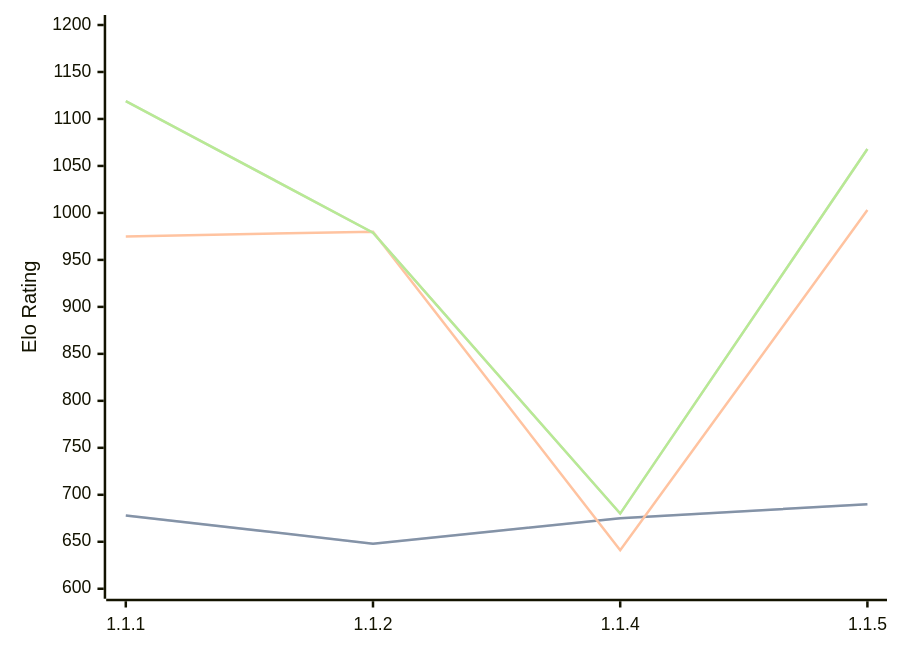
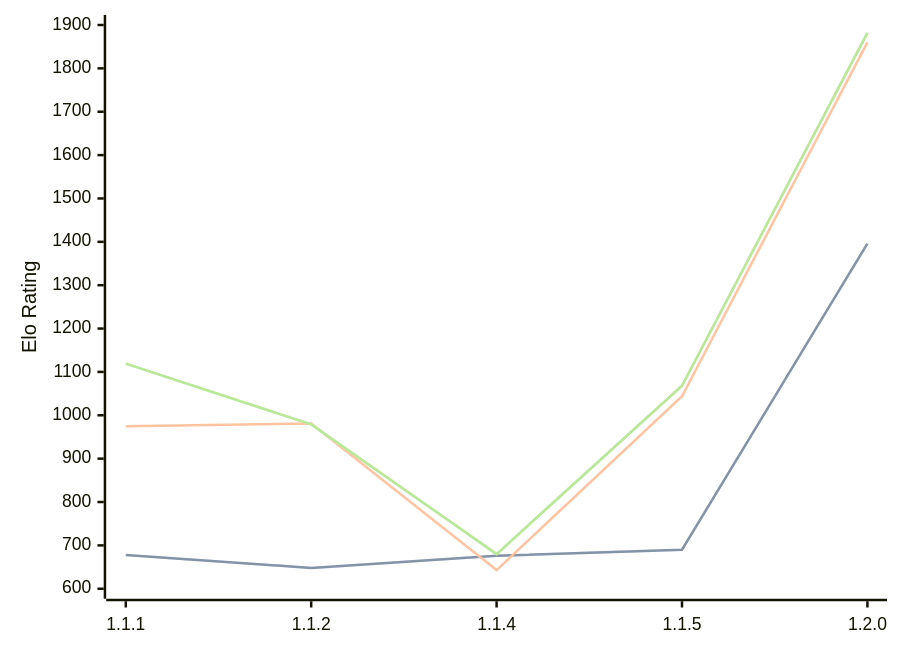
One commit to computer-chess-index/cci changed the third of 3 diagrams in engines/ChessCore.md. Above: the diagram before and after it, drawn with Mermaid. The commit also changed other lines of this file, not shown here.

Commit message:
Update CCI Ratings (ELO VLTC) - 2026-06-26

````diff
--- a/engines/ChessCore.md
+++ b/engines/ChessCore.md
@@ -68,11 +69,11 @@
 ```mermaid
 %%{init: {"theme":"base","themeVariables":{"seriesColors:['#a3a3a3','#222221','#faa371']}}}%%
 xychart-beta
-  x-axis ["1.1.1", "1.1.2", "1.1.4", "1.1.5"]
-  y-axis "Elo Rating" 600 --> 1200
-  line "STC (8.0+0.08s)" [678, 648, 675, 690]
-  line "STC (8.0+0.08s)" [678, 648, 675, 690]
-  line "LTC (60.0+0.60s)" [975, 980, 641, 1003]
-  line "VLTC (2m24s+1.12s)" [1119, 979, 680, 1068]
-  line "VLTC (2m24s+1.12s)" [1119, 979, 680, 1068]
+  x-axis ["1.1.1", "1.1.2", "1.1.4", "1.1.5", "1.2.0"]
+  y-axis "Elo Rating" 600 --> 1900
+  line "STC (8.0+0.08s)" [678, 648, 676, 690, 1396]
+  line "STC (8.0+0.08s)" [678, 648, 676, 690, 1396]
+  line "LTC (60.0+0.60s)" [975, 981, 643, 1044, 1860]
+  line "VLTC (2m24s+1.12s)" [1119, 979, 680, 1068, 1882]
+  line "VLTC (2m24s+1.12s)" [1119, 979, 680, 1068, 1882]
 ```
````
